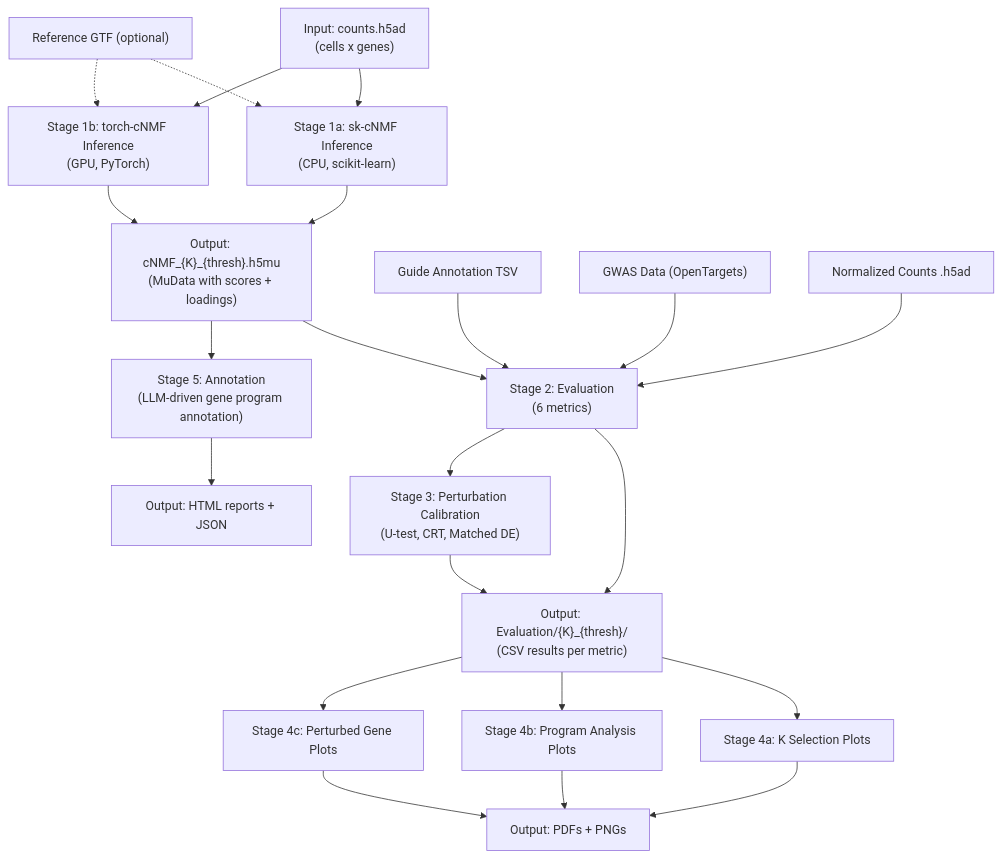
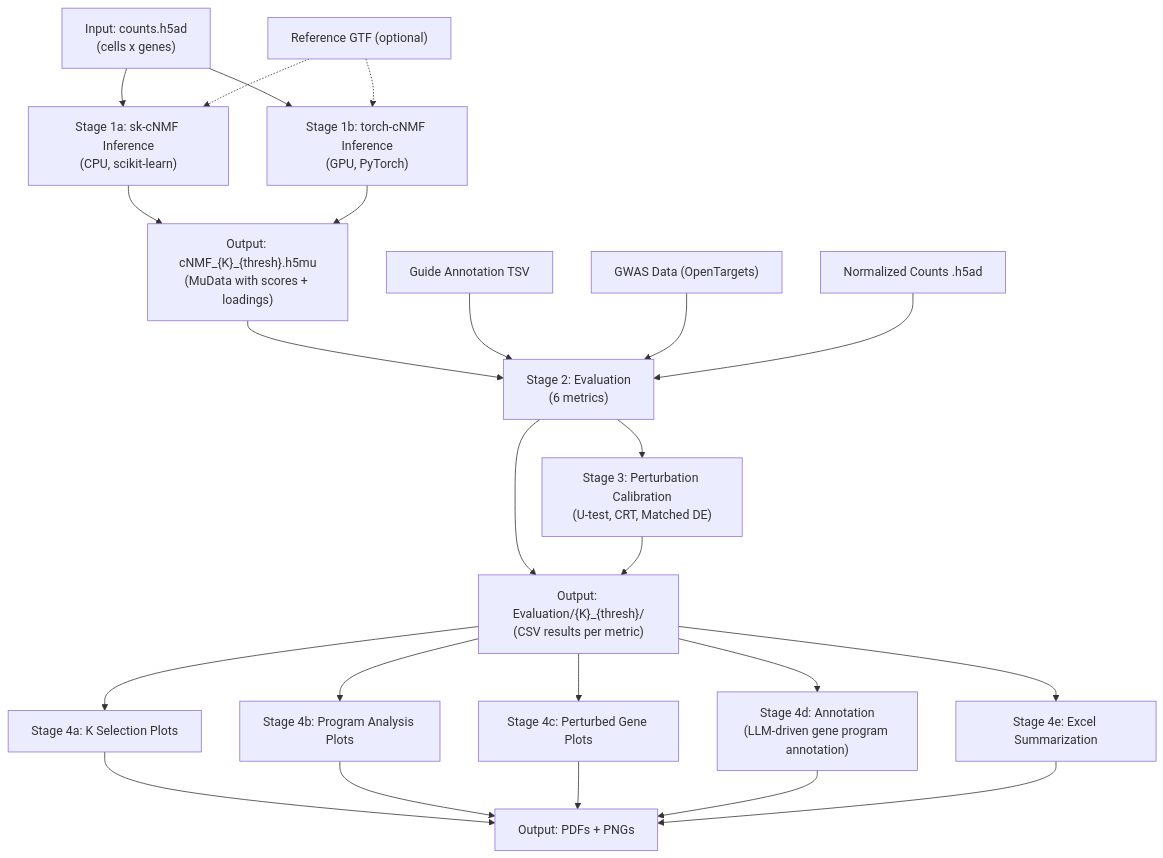
One commit to EngreitzLab/PerturbNMF changed the diagram in CLAUDE.md. Above: the diagram before and after it, drawn with Mermaid. The commit also changed 1 other file, not shown here.

Commit message:
Move Annotation and Excel Summarization under Stage 4 in flowchart

````diff
--- a/CLAUDE.md
+++ b/CLAUDE.md
@@ -9,24 +9,26 @@
 ```mermaid
 flowchart TD
     A["Input: counts.h5ad\n(cells x genes)"] --> B["Stage 1a: sk-cNMF Inference\n(CPU, scikit-learn)"]
     A --> C["Stage 1b: torch-cNMF Inference\n(GPU, PyTorch)"]
     B --> D["Output: cNMF_{K}_{thresh}.h5mu\n(MuData with scores + loadings)"]
     C --> D
     D --> E["Stage 2: Evaluation\n(6 metrics)"]
     E --> F["Output: Evaluation/{K}_{thresh}/\n(CSV results per metric)"]
     E --> G["Stage 3: Perturbation Calibration\n(U-test, CRT, Matched DE)"]
     G --> F
     F --> I["Stage 4a: K Selection Plots"]
     F --> J["Stage 4b: Program Analysis Plots"]
     F --> K["Stage 4c: Perturbed Gene Plots"]
     I --> L["Output: PDFs + PNGs"]
     J --> L
     K --> L
-    D --> Q["Stage 5: Annotation\n(LLM-driven gene program annotation)"]
-    Q --> R["Output: HTML reports + JSON"]
+    F --> Q["Stage 4d: Annotation\n(LLM-driven gene program annotation)"]
+    Q --> L
+    F --> S["Stage 4e: Excel Summarization"]
+    S --> L
     M["Guide Annotation TSV"] --> E
     N["GWAS Data (OpenTargets)"] --> E
     O["Normalized Counts .h5ad"] --> E
     P["Reference GTF (optional)"] -.-> B
     P -.-> C
 ```
````
